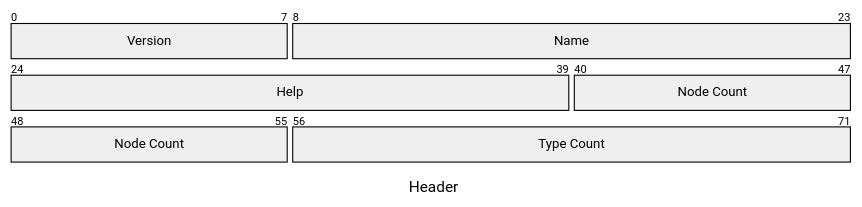
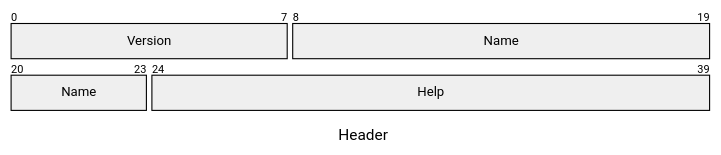
Before and after one commit to nukkeldev/analogue: the diagram in documentation/specification.md, drawn with Mermaid. The commit also changed other lines of this file and 2 other files, not shown here.

````diff
--- a/documentation/specification.md
+++ b/documentation/specification.md
@@ -32,14 +46,12 @@
 ```mermaid
 ---
 title: "Header"
 config:
     packet:
-        bitsPerRow: 24
+        bitsPerRow: 20
 ---
 packet-beta
 0-7: "Version"
 8-23: "Name"
 24-39: "Help"
-40-55: "Node Count"
-56-71: "Type Count"
 ```
````
